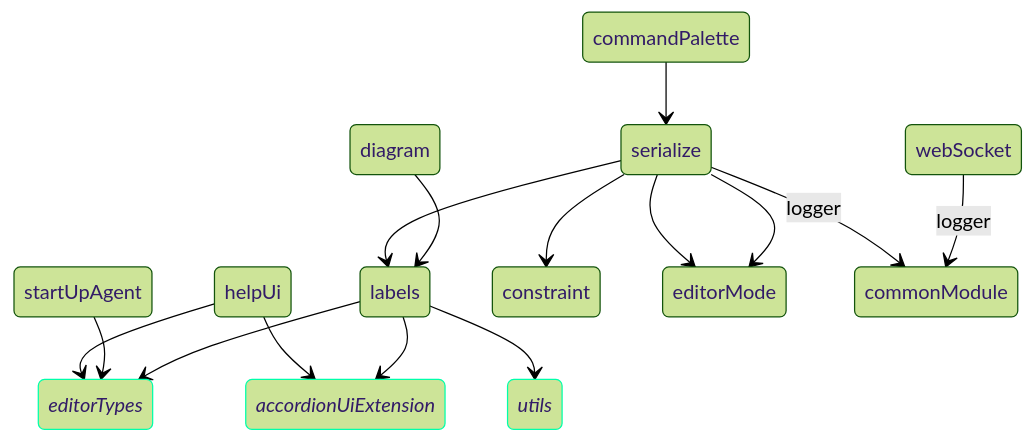
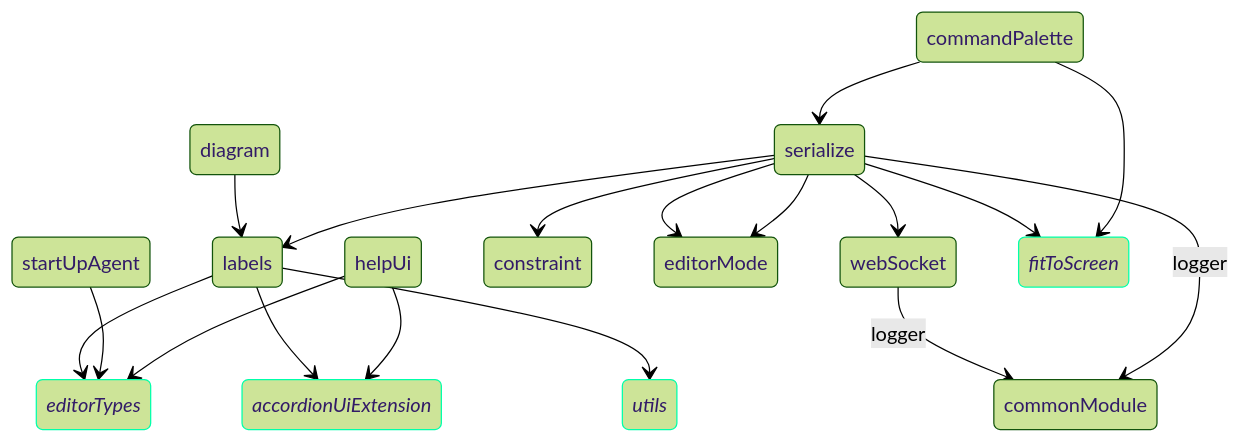
The diagram in frontend/webEditor/dependencyGraph.md (DataFlowAnalysis/OnlineEditor), drawn with Mermaid (forest theme) before and after one commit. The commit also changed 8 other files, not shown here.

Commit message:
add fit to screen action

````diff
--- a/frontend/webEditor/dependencyGraph.md
+++ b/frontend/webEditor/dependencyGraph.md
@@ -1,36 +1,41 @@
 ```mermaid
 stateDiagram-v2
     
     helpUi --> accordionUiExtension
     helpUi --> editorTypes
     startUpAgent --> editorTypes
     labels --> utils
     labels --> editorTypes
     labels --> accordionUiExtension
 
     serialize --> labels
     serialize --> constraint
     serialize --> editorMode
     serialize --> commonModule: logger
 
     serialize --> editorMode
     
     diagram --> labels
 
     webSocket --> commonModule: logger
 
     commandPalette --> serialize
 
+    serialize --> webSocket
+
+    commandPalette --> fitToScreen
+    serialize --> fitToScreen
+
 %%    [*] --> commonModule
 %%    [*] --> labels
 %%    [*] --> serialize
 %%    [*] --> editorMode
 %%    [*] --> diagram
 %%    [*] --> webSocket
 %%    [*] --> helpUi
 %%    [*] --> startUpAgent
 %%    [*] --> commandPalette
 
     classDef diLess font-style:italic,stroke:#0fa
-    class accordionUiExtension,editorTypes,utils diLess
+    class accordionUiExtension,editorTypes,utils,fitToScreen diLess
 ```
````
